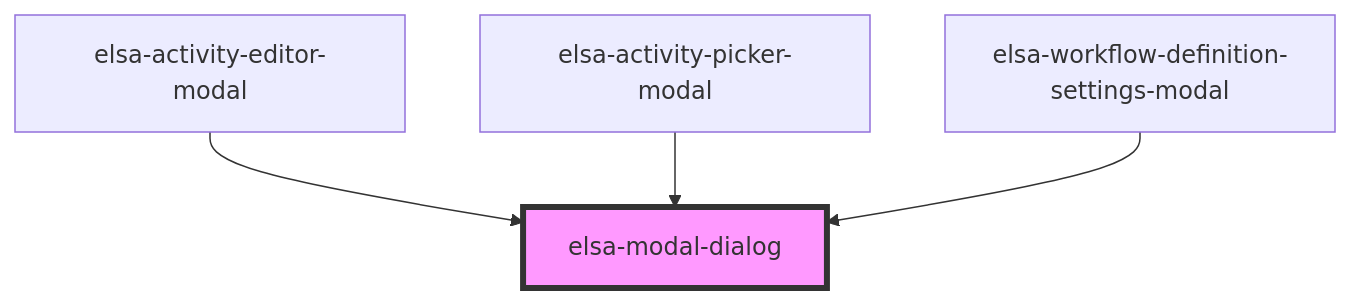
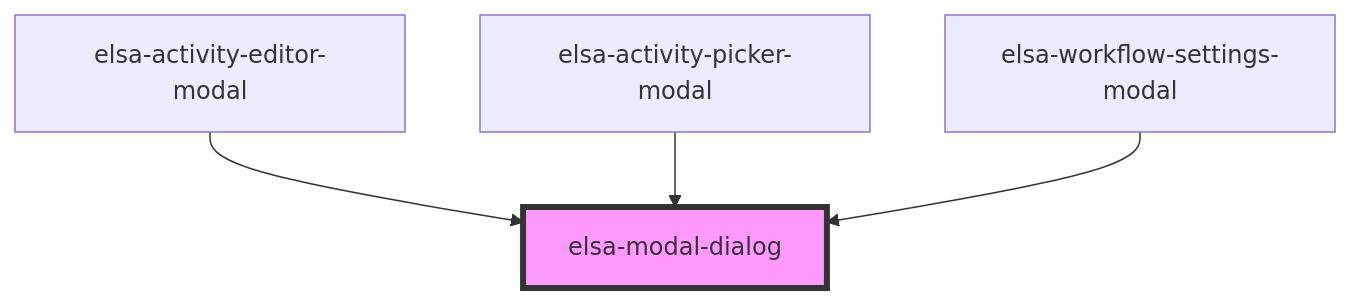
One commit to elsa-workflows/elsa-core changed the diagram in src/designer/elsa-workflows-studio/src/components/shared/elsa-modal-dialog/readme.md. Above: the diagram before and after it, drawn with Mermaid. The commit also changed other lines of this file and 31 other files, not shown here.

````diff
--- a/src/designer/elsa-workflows-studio/src/components/shared/elsa-modal-dialog/readme.md
+++ b/src/designer/elsa-workflows-studio/src/components/shared/elsa-modal-dialog/readme.md
@@ -40,7 +40,7 @@
 ```mermaid
 graph TD;
   elsa-activity-editor-modal --> elsa-modal-dialog
   elsa-activity-picker-modal --> elsa-modal-dialog
-  elsa-workflow-definition-settings-modal --> elsa-modal-dialog
+  elsa-workflow-settings-modal --> elsa-modal-dialog
   style elsa-modal-dialog fill:#f9f,stroke:#333,stroke-width:4px
 ```
````
